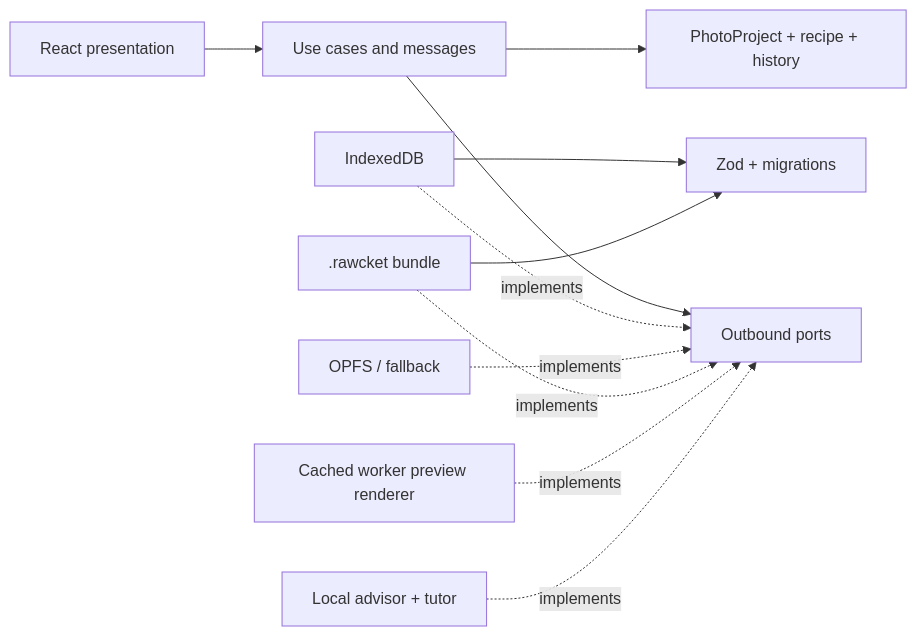
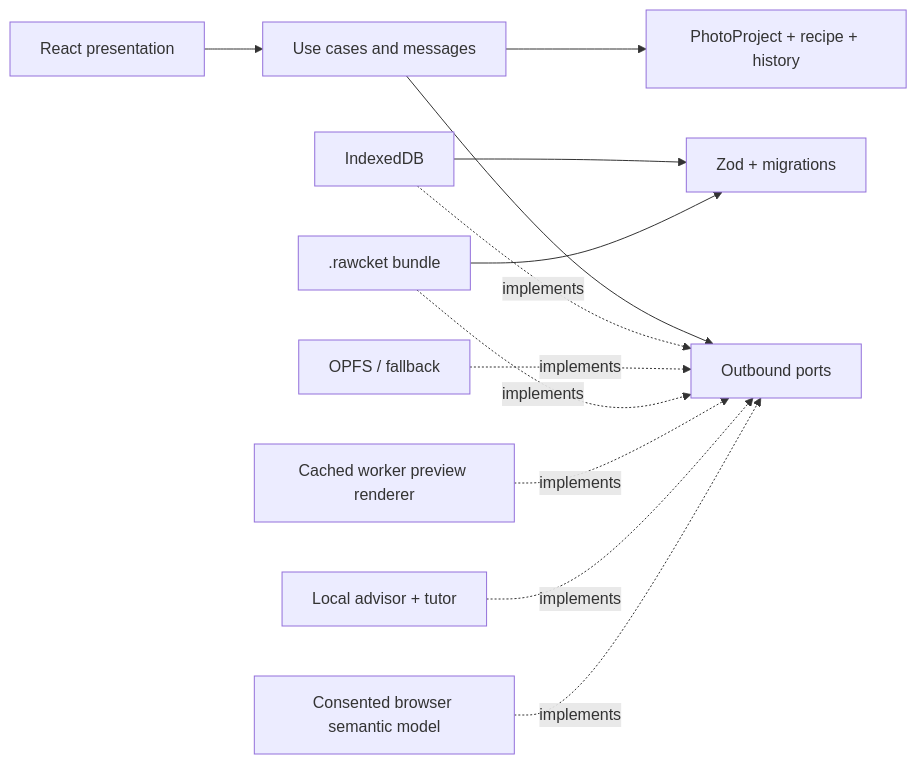
One commit to haskou/RAWcket changed the first of 2 diagrams in docs/architecture.md. Above: the diagram before and after it, drawn with Mermaid. The commit also changed other lines of this file and 24 other files, not shown here.

Commit message:
feat(ai): ✨ Add consented local semantic masks

````diff
--- a/docs/architecture.md
+++ b/docs/architecture.md
@@ -5,13 +5,14 @@
 ```mermaid
 flowchart LR
   UI["React presentation"] --> APP["Use cases and messages"]
   APP --> DOMAIN["PhotoProject + recipe + history"]
   APP --> PORTS["Outbound ports"]
   IDB["IndexedDB"] -. implements .-> PORTS
   OPFS["OPFS / fallback"] -. implements .-> PORTS
   BUNDLE[".rawcket bundle"] -. implements .-> PORTS
   RENDER["Cached worker preview renderer"] -. implements .-> PORTS
   ADVISOR["Local advisor + tutor"] -. implements .-> PORTS
+  SEMANTIC["Consented browser semantic model"] -. implements .-> PORTS
   IDB --> ZOD["Zod + migrations"]
   BUNDLE --> ZOD
 ```
````
